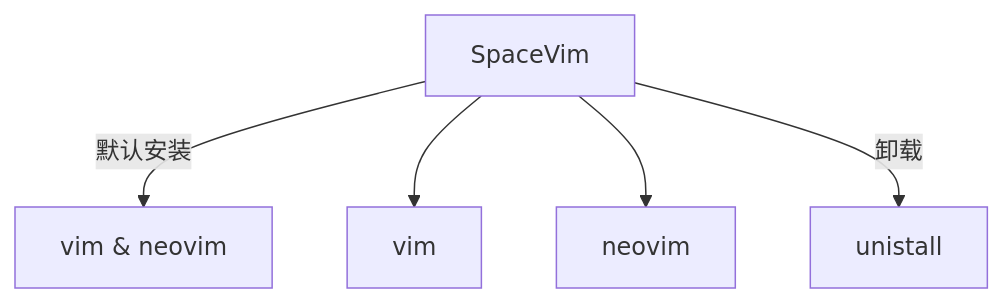
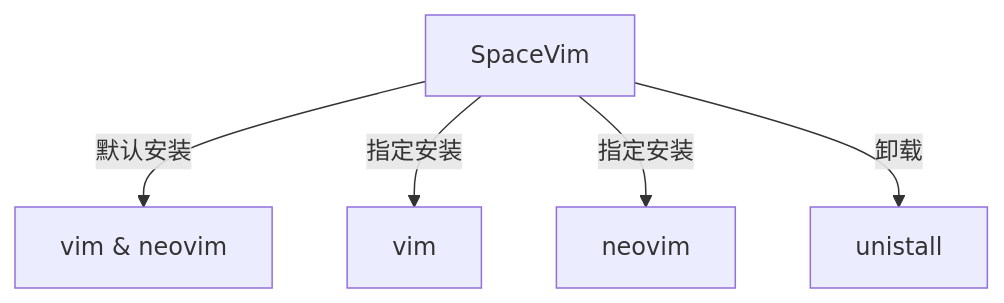
Before and after one commit to suliveevil/suliveevil.github.io: the diagram in _posts/2018-09-23-vim-workflow.md, drawn with Mermaid.

```diff
--- a/_posts/2018-09-23-vim-workflow.md
+++ b/_posts/2018-09-23-vim-workflow.md
@@ -20,7 +20,7 @@
 <div class="mermaid">
 graph TB;
     A[SpaceVim] --默认安装--> B[vim & neovim];
-    A-->C[vim];
-    A-->D[neovim];
+    A--指定安装-->C[vim];
+    A--指定安装-->D[neovim];
     A--卸载-->E[unistall];
 </div>
```
